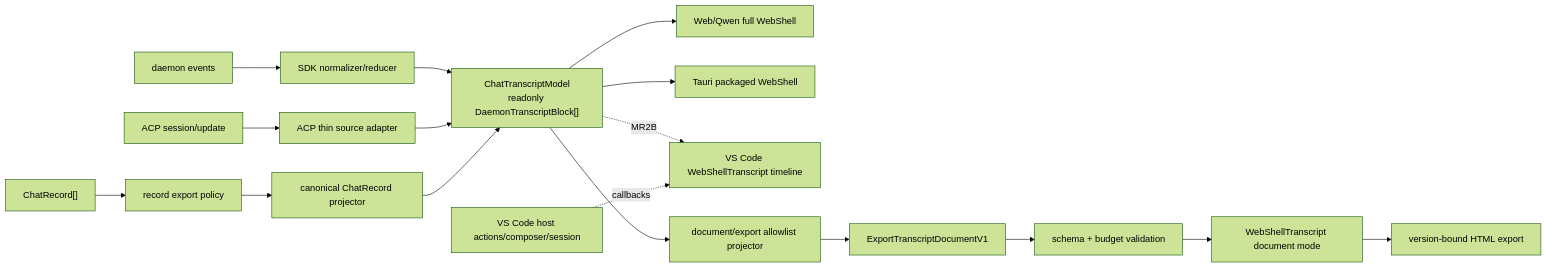
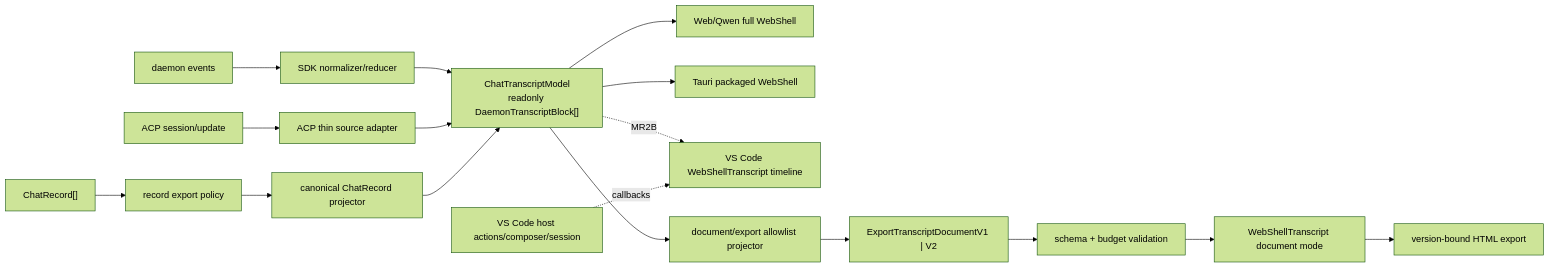
The first of 2 diagrams in docs/design/web-shell/chat-transcript-contract-prevalidation.md (QwenLM/qwen-code), drawn with Mermaid (forest theme) before and after one commit. The commit also changed other lines of this file and 9 other files, not shown here.

````diff
--- a/docs/design/web-shell/chat-transcript-contract-prevalidation.md
+++ b/docs/design/web-shell/chat-transcript-contract-prevalidation.md
@@ -120,23 +126,23 @@
 ```mermaid
 flowchart LR
   DE["daemon events"] --> DR["SDK normalizer/reducer"]
   ACP["ACP session/update"] --> AA["ACP thin source adapter"]
   CR["ChatRecord[]"] --> RP["record export policy"]
   RP --> CP["canonical ChatRecord projector"]
 
   DR --> MODEL["ChatTranscriptModel\nreadonly DaemonTranscriptBlock[]"]
   AA --> MODEL
   CP --> MODEL
 
   MODEL --> WEB["Web/Qwen full WebShell"]
   MODEL --> DESKTOP["Tauri packaged WebShell"]
   MODEL -. MR2B .-> VST["VS Code WebShellTranscript timeline"]
   MODEL --> EP["document/export allowlist projector"]
 
-  EP --> EDOC["ExportTranscriptDocumentV1"]
+  EP --> EDOC["ExportTranscriptDocumentV1 | V2"]
   EDOC --> VALIDATE["schema + budget validation"]
   VALIDATE --> DOC["WebShellTranscript document mode"]
   DOC --> HTML["version-bound HTML export"]
 
   VSHOST["VS Code host actions/composer/session"] -. callbacks .-> VST
 ```
````
